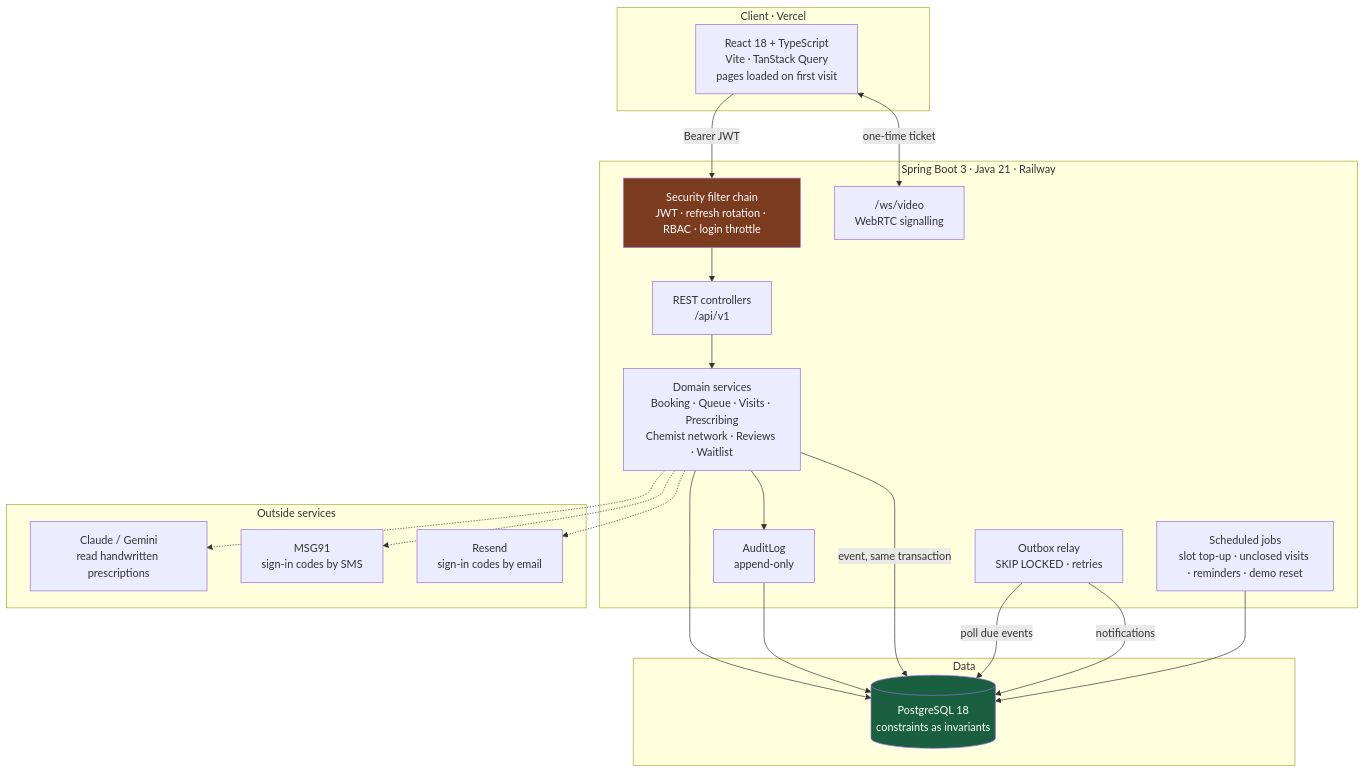
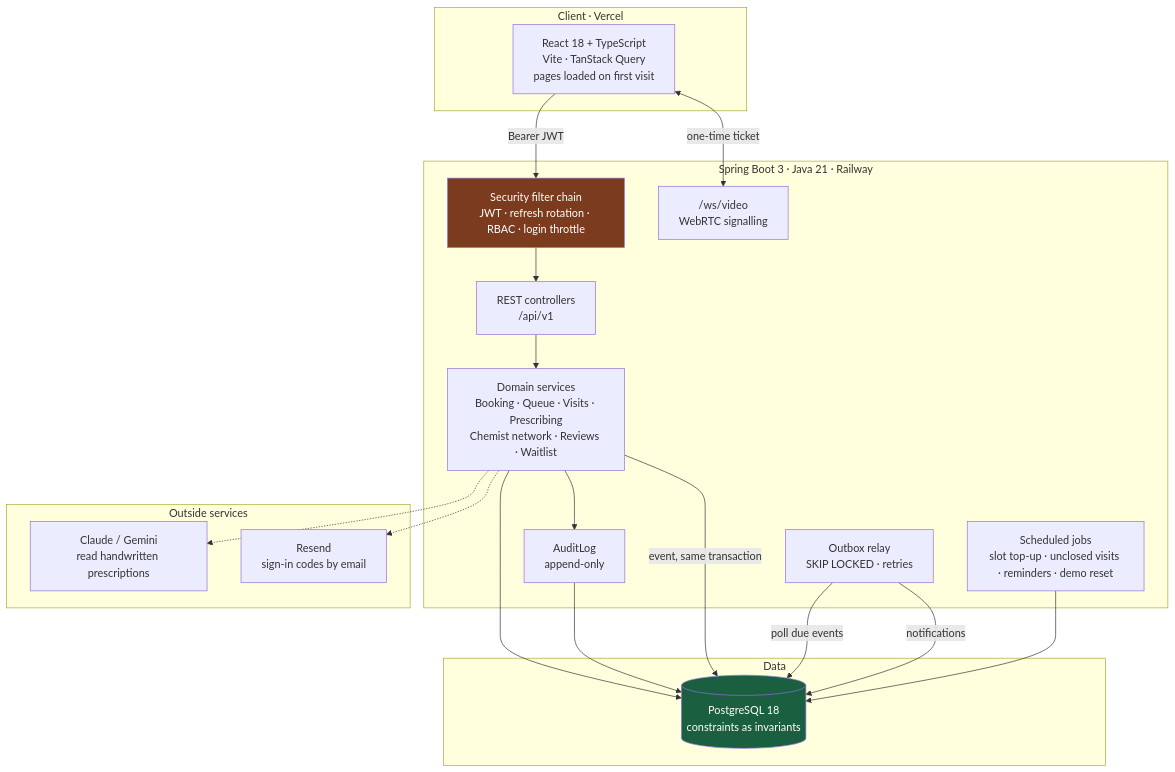
One commit to Manu-code-all/Medicity changed the diagram in README.md. Above: the diagram before and after it, drawn with Mermaid. The commit also changed other lines of this file and 25 other files, not shown here.

First line of the commit message:
Remove sign-in by mobile number; keep email and password and emailed codes

````diff
--- a/README.md
+++ b/README.md
@@ -152,41 +152,39 @@
 ```mermaid
 flowchart TB
     subgraph client [Client · Vercel]
         WEB["React 18 + TypeScript<br/>Vite · TanStack Query<br/>pages loaded on first visit"]
     end
 
     subgraph api [Spring Boot 3 · Java 21 · Railway]
         SEC["Security filter chain<br/>JWT · refresh rotation · RBAC · login throttle"]
         CTL["REST controllers<br/>/api/v1"]
         SVC["Domain services<br/>Booking · Queue · Visits · Prescribing<br/>Chemist network · Reviews · Waitlist"]
         AUD["AuditLog<br/>append-only"]
         OUT["Outbox relay<br/>SKIP LOCKED · retries"]
         JOBS["Scheduled jobs<br/>slot top-up · unclosed visits · reminders · demo reset"]
         SIG["/ws/video<br/>WebRTC signalling"]
     end
 
     subgraph data [Data]
         PG[("PostgreSQL 18<br/>constraints as invariants")]
     end
 
     subgraph ext [Outside services]
         AI["Claude / Gemini<br/>read handwritten prescriptions"]
-        SMS["MSG91<br/>sign-in codes by SMS"]
         MAIL["Resend<br/>sign-in codes by email"]
     end
 
     WEB -->|"Bearer JWT"| SEC
     WEB <-->|"one-time ticket"| SIG
     SEC --> CTL --> SVC --> PG
     SVC --> AUD --> PG
     SVC -->|"event, same transaction"| PG
     OUT -->|"poll due events"| PG
     OUT -->|"notifications"| PG
     JOBS --> PG
     SVC -.-> AI
-    SVC -.-> SMS
     SVC -.-> MAIL
 
     style PG fill:#1a5f3f,color:#fff
     style SEC fill:#7a3b1f,color:#fff
 ```
````
